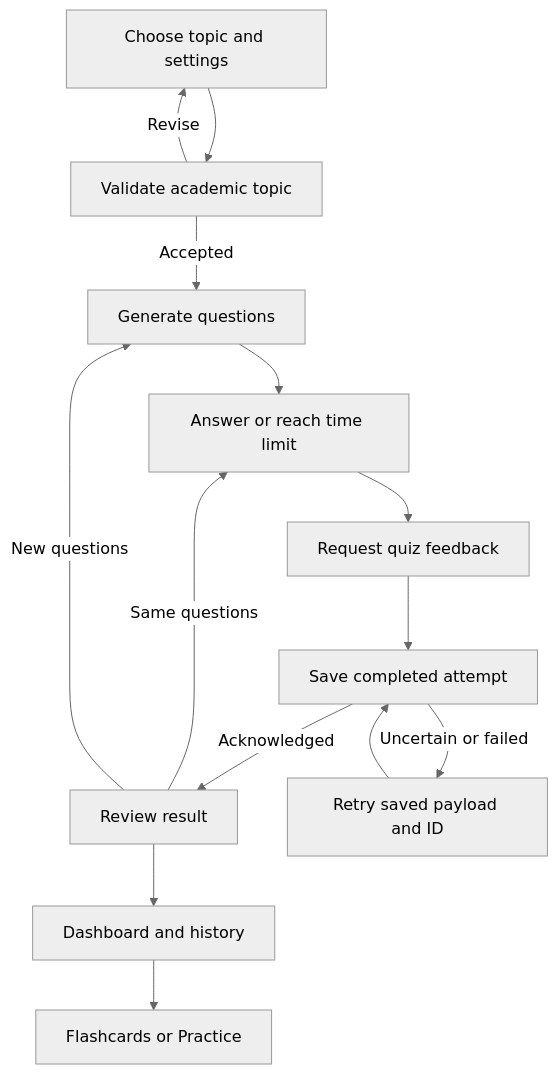
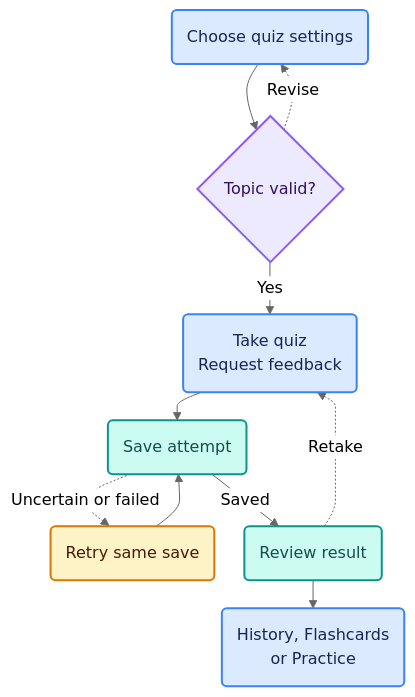
The first of 2 diagrams in docs/FLOW.md (Bach-Xuan/Shark-Empti), drawn with Mermaid (neutral theme) before and after one commit. The commit also changed other lines of this file and 2 other files, not shown here.

Commit message:
feat: update flowcharts in documentation for account operations, architecture, and application flows to enhance clarity and detail

````diff
--- a/docs/FLOW.md
+++ b/docs/FLOW.md
@@ -21,18 +21,40 @@
 ```mermaid
+---
+config:
+  look: classic
+  flowchart:
+    nodeSpacing: 30
+    rankSpacing: 28
+    curve: monotoneY
+---
 flowchart TD
     accTitle: Personal quiz and save recovery
-    accDescr: The learner configures a quiz, completes it, and saves the attempt. If the save fails or its outcome is uncertain, the learner retries using the same record before reviewing or practising again.
-    Setup[Choose topic and settings] --> Validate[Validate academic topic]
-    Validate -->|Accepted| Questions[Generate questions]
-    Validate -->|Revise| Setup
-    Questions --> Answer[Answer or reach time limit]
-    Answer --> Finish[Request quiz feedback]
-    Finish --> Save[Save completed attempt]
-    Save -->|Acknowledged| Result[Review result]
-    Save -->|Uncertain or failed| Retry[Retry saved payload and ID]
+    accDescr: The learner chooses settings, validates the topic, and completes the quiz. After feedback is requested, the client saves the attempt. It retries an uncertain save with the original data. Review leads to a retake, history, or practice.
+
+    Setup("Choose quiz settings")
+    Validate{"Topic valid?"}
+    Quiz("Take quiz<br/>Request feedback")
+    Save("Save attempt")
+    Retry("Retry same save")
+    Result("Review result")
+    FollowUp("History, Flashcards<br/>or Practice")
+
+    Setup --> Validate
+    Validate -->|Yes| Quiz
+    Validate -.->|Revise| Setup
+    Quiz --> Save
+    Save -->|Saved| Result
+    Save -.->|Uncertain or failed| Retry
     Retry --> Save
-    Result -->|Same questions| Answer
-    Result -->|New questions| Questions
-    Result --> Dashboard[Dashboard and history]
-    Dashboard --> Playground[Flashcards or Practice]
+    Result --> FollowUp
+    Result -.->|Retake| Quiz
+
+    classDef learner fill:#dbeafe,stroke:#3b82f6,color:#172554,stroke-width:2px;
+    classDef decision fill:#ede9fe,stroke:#8b5cf6,color:#2e1065,stroke-width:2px;
+    classDef saved fill:#ccfbf1,stroke:#0d9488,color:#134e4a,stroke-width:2px;
+    classDef retry fill:#fef3c7,stroke:#d97706,color:#451a03,stroke-width:2px;
+    class Setup,Quiz,FollowUp learner;
+    class Validate decision;
+    class Save,Result saved;
+    class Retry retry;
 ```
````
